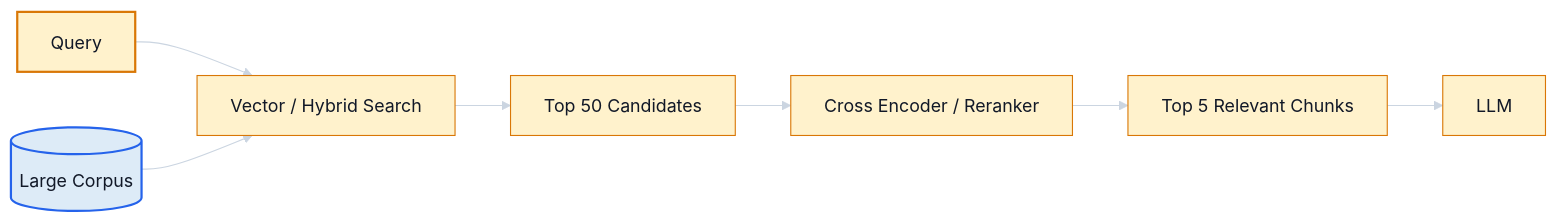
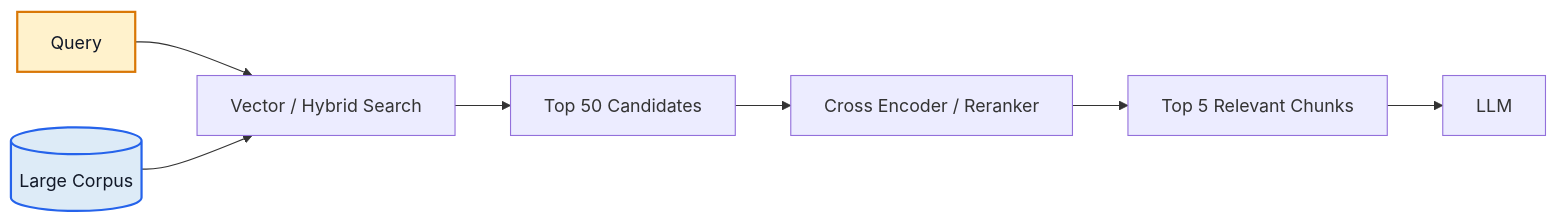
Before and after one commit to azam123/awesome-ai-engineer: the fifth of 26 diagrams in AI-Engineer-Interview-Questions-2026.md, drawn with Mermaid. The commit also changed other lines of this file, not shown here.

Commit message:
docs: fix GitHub Mermaid rendering compatibility

````diff
--- a/AI-Engineer-Interview-Questions-2026.md
+++ b/AI-Engineer-Interview-Questions-2026.md
@@ -473,15 +469,14 @@
 ```mermaid
 flowchart LR
-%%{init: {"theme":"base","themeVariables":{"background":"#111827","primaryColor":"#FFF2CC","primaryTextColor":"#111827","primaryBorderColor":"#D97706","lineColor":"#CBD5E1","secondaryColor":"#DDEBF7","secondaryTextColor":"#111827","secondaryBorderColor":"#2563EB","tertiaryColor":"#E2F0D9","tertiaryTextColor":"#111827","tertiaryBorderColor":"#15803D","noteBkgColor":"#FFF2CC","noteTextColor":"#111827","noteBorderColor":"#D97706","actorBkg":"#DDEBF7","actorBorder":"#2563EB","actorTextColor":"#111827","signalColor":"#E5E7EB","signalTextColor":"#111827","labelBoxBkgColor":"#FFF2CC","labelBoxBorderColor":"#D97706","labelTextColor":"#111827"}}}%%
+Q[Query] --> V[Vector / Hybrid Search]
+D[(Large Corpus)] --> V
+V --> C[Top 50 Candidates]
+C --> R[Cross Encoder / Reranker]
+R --> F[Top 5 Relevant Chunks]
+F --> L[LLM]
+class Q yellow
+class D blue
 classDef yellow fill:#FFF2CC,stroke:#D97706,stroke-width:2px,color:#111827;
 classDef blue fill:#DDEBF7,stroke:#2563EB,stroke-width:2px,color:#111827;
 classDef green fill:#E2F0D9,stroke:#15803D,stroke-width:2px,color:#111827;
-    Q[Query] --> V[Vector / Hybrid Search]
-    D[(Large Corpus)] --> V
-    V --> C[Top 50 Candidates]
-    C --> R[Cross Encoder / Reranker]
-    R --> F[Top 5 Relevant Chunks]
-    F --> L[LLM]
-    class Q yellow;
-    class D blue;
 ```
````
